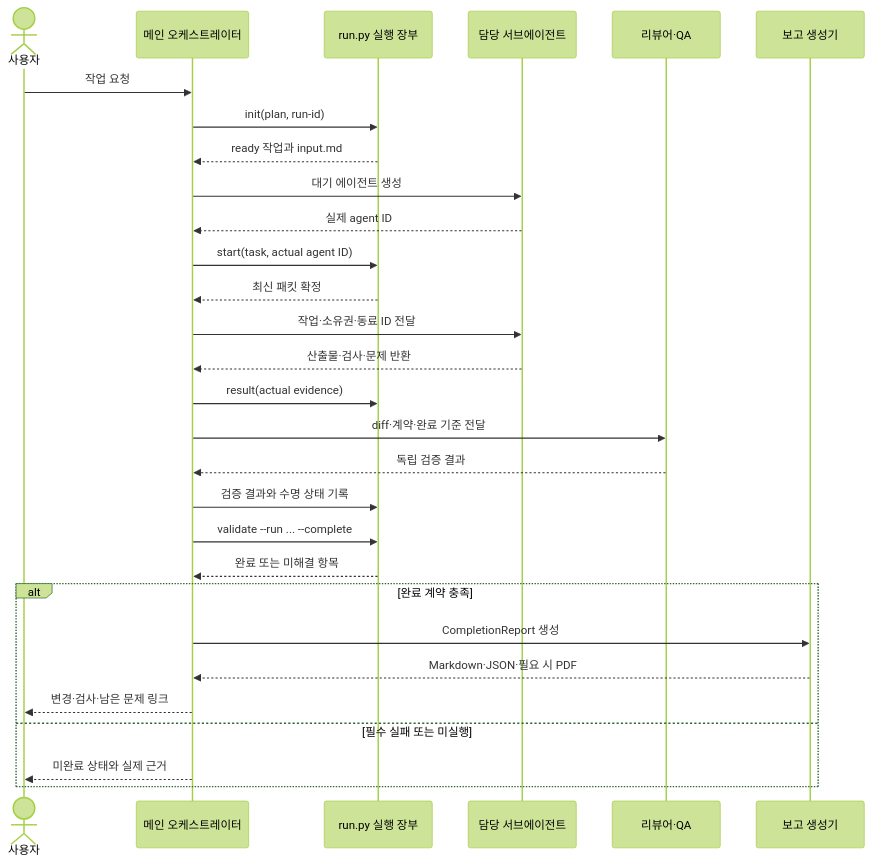
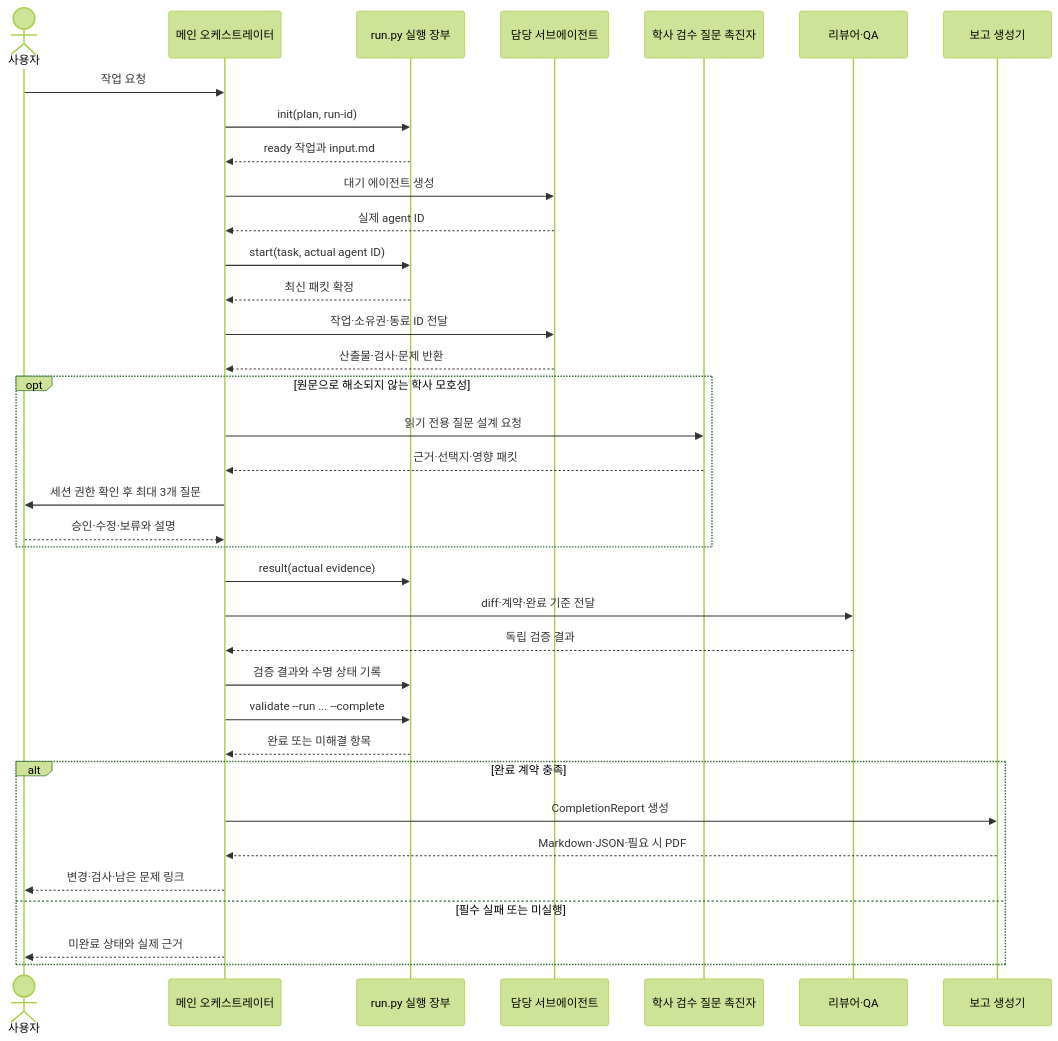
Before and after one commit to jeongiryang/kg-ontology-decision-framework-reboot: the second of 2 diagrams in docs/harness/architecture.md, drawn with Mermaid (forest theme). The commit also changed other lines of this file and 20 other files, not shown here.

````diff
--- a/docs/harness/architecture.md
+++ b/docs/harness/architecture.md
@@ -47,32 +49,39 @@
 ```mermaid
 sequenceDiagram
     actor User as 사용자
     participant Main as 메인 오케스트레이터
     participant Ledger as run.py 실행 장부
     participant Agent as 담당 서브에이전트
+    participant Facil as 학사 검수 질문 촉진자
     participant Review as 리뷰어·QA
     participant Report as 보고 생성기
 
     User->>Main: 작업 요청
     Main->>Ledger: init(plan, run-id)
     Ledger-->>Main: ready 작업과 input.md
     Main->>Agent: 대기 에이전트 생성
     Agent-->>Main: 실제 agent ID
     Main->>Ledger: start(task, actual agent ID)
     Ledger-->>Main: 최신 패킷 확정
     Main->>Agent: 작업·소유권·동료 ID 전달
     Agent-->>Main: 산출물·검사·문제 반환
+    opt 원문으로 해소되지 않는 학사 모호성
+        Main->>Facil: 읽기 전용 질문 설계 요청
+        Facil-->>Main: 근거·선택지·영향 패킷
+        Main->>User: 세션 권한 확인 후 최대 3개 질문
+        User-->>Main: 승인·수정·보류와 설명
+    end
     Main->>Ledger: result(actual evidence)
     Main->>Review: diff·계약·완료 기준 전달
     Review-->>Main: 독립 검증 결과
     Main->>Ledger: 검증 결과와 수명 상태 기록
     Main->>Ledger: validate --run ... --complete
     Ledger-->>Main: 완료 또는 미해결 항목
     alt 완료 계약 충족
         Main->>Report: CompletionReport 생성
         Report-->>Main: Markdown·JSON·필요 시 PDF
         Main-->>User: 변경·검사·남은 문제 링크
     else 필수 실패 또는 미실행
         Main-->>User: 미완료 상태와 실제 근거
     end
 ```
````
